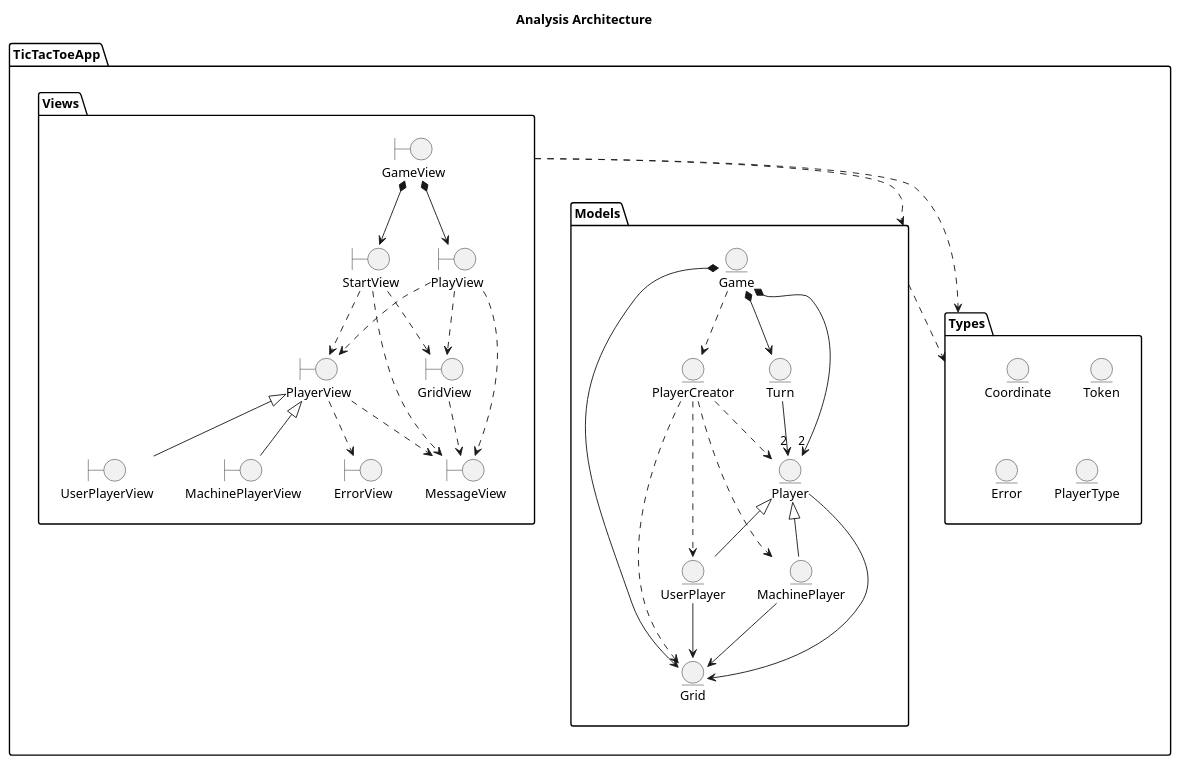
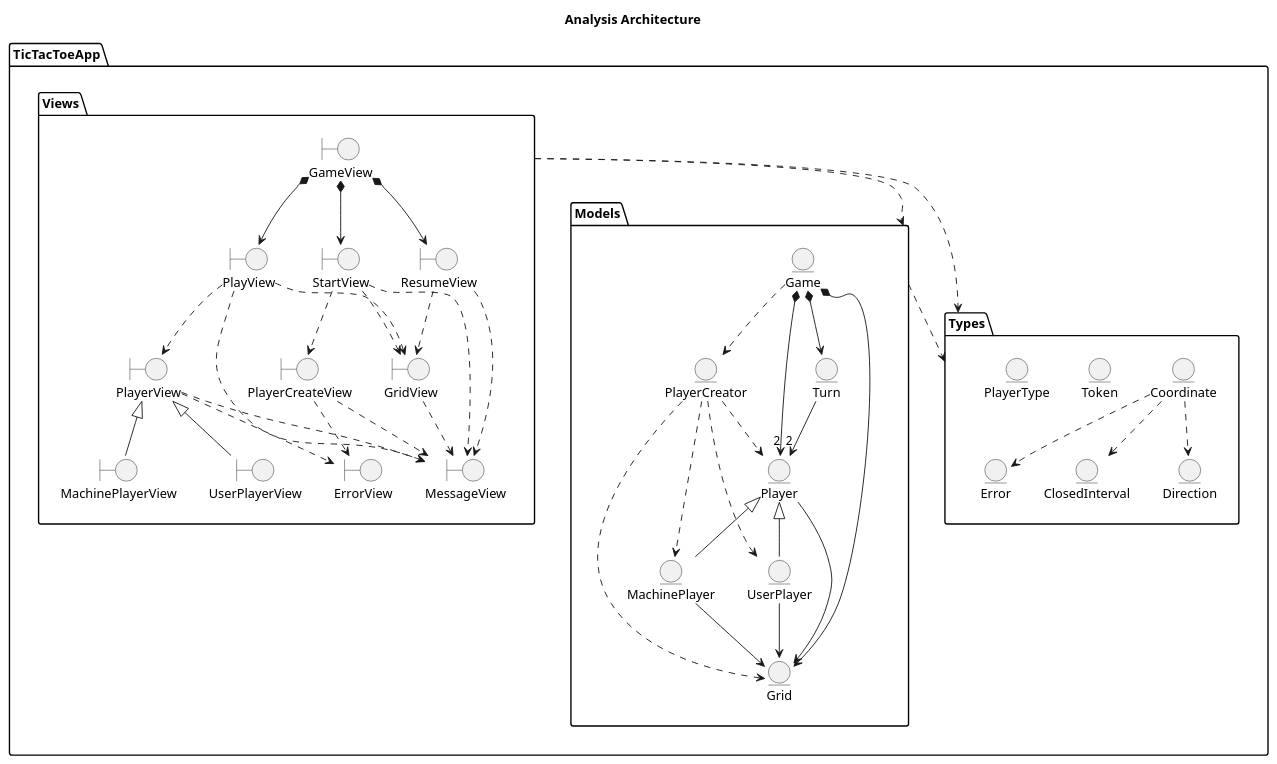
One commit to franpaulinoinfante/TicTacToe changed the first of 10 diagrams in src/DocumentView/Basic/Docs/Analysis.plantuml. Above: the diagram before and after it, drawn with PlantUML. The commit also changed other lines of this file and 17 other files, not shown here.

```diff
--- a/src/DocumentView/Basic/Docs/Analysis.plantuml
+++ b/src/DocumentView/Basic/Docs/Analysis.plantuml
@@ -1,75 +1,89 @@
 @startuml Analysis Architecture
     title Analysis Architecture
 
     package TicTacToeApp{
         package Views{
             boundary GameView
             boundary StartView
             boundary PlayView
             boundary UserPlayerView
             boundary MachinePlayerView
             boundary MessageView
             boundary PlayerView
             boundary ErrorView
             boundary GridView
+            boundary ResumeView
+            boundary PlayerCreateView
 
             GameView *--> StartView
             GameView *--> PlayView
+            GameView *--> ResumeView
 
             PlayerView <|-- UserPlayerView
             PlayerView <|-- MachinePlayerView
 
             StartView ..> MessageView
-            StartView ..> PlayerView
                 PlayerView ..> ErrorView
                 PlayView ..> MessageView
             StartView ..> GridView
                 GridView ..> MessageView
+            StartView ..> PlayerCreateView
+                PlayerCreateView ..> ErrorView
+                PlayerCreateView ..> MessageView
 
             PlayView ..> PlayerView
             PlayView ..> GridView
 
             PlayerView ..> MessageView            
+
+            ResumeView ..> GridView
+            ResumeView ..> MessageView
         }
         Views ..> Models
         Views ..> Types
 
         package Models{
             entity Game
             entity Player
             entity MachinePlayer
             entity UserPlayer
             entity Grid
             entity Turn
             entity PlayerCreator
 
             Game *--> "2" Player
             Game *--> Grid
             Game *--> Turn
             Game ..> PlayerCreator
 
             Turn --> "2" Player
             
             Player --> Grid
             Player <|-- UserPlayer
             Player <|-- MachinePlayer
 
             PlayerCreator ..> Player
             PlayerCreator ..> UserPlayer
             PlayerCreator ..> MachinePlayer
             PlayerCreator ..> Grid
 
             UserPlayer --> Grid            
             MachinePlayer --> Grid
             
         }
         Models ..> Types
         
         package Types{
             entity Coordinate
             entity Token
             entity Error
             entity PlayerType
+            entity ClosedInterval
+            entity Direction
+
+            Coordinate ..> ClosedInterval
+            Coordinate ..> Direction
+            Coordinate ..> Error
         }
     }
 @enduml
```
